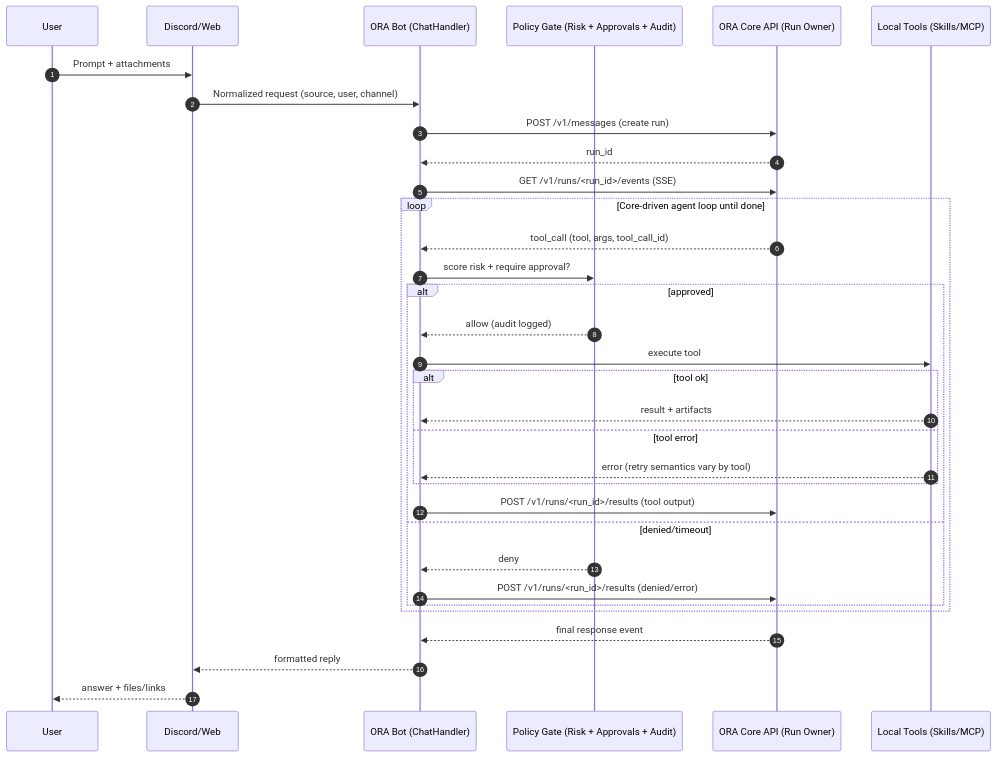
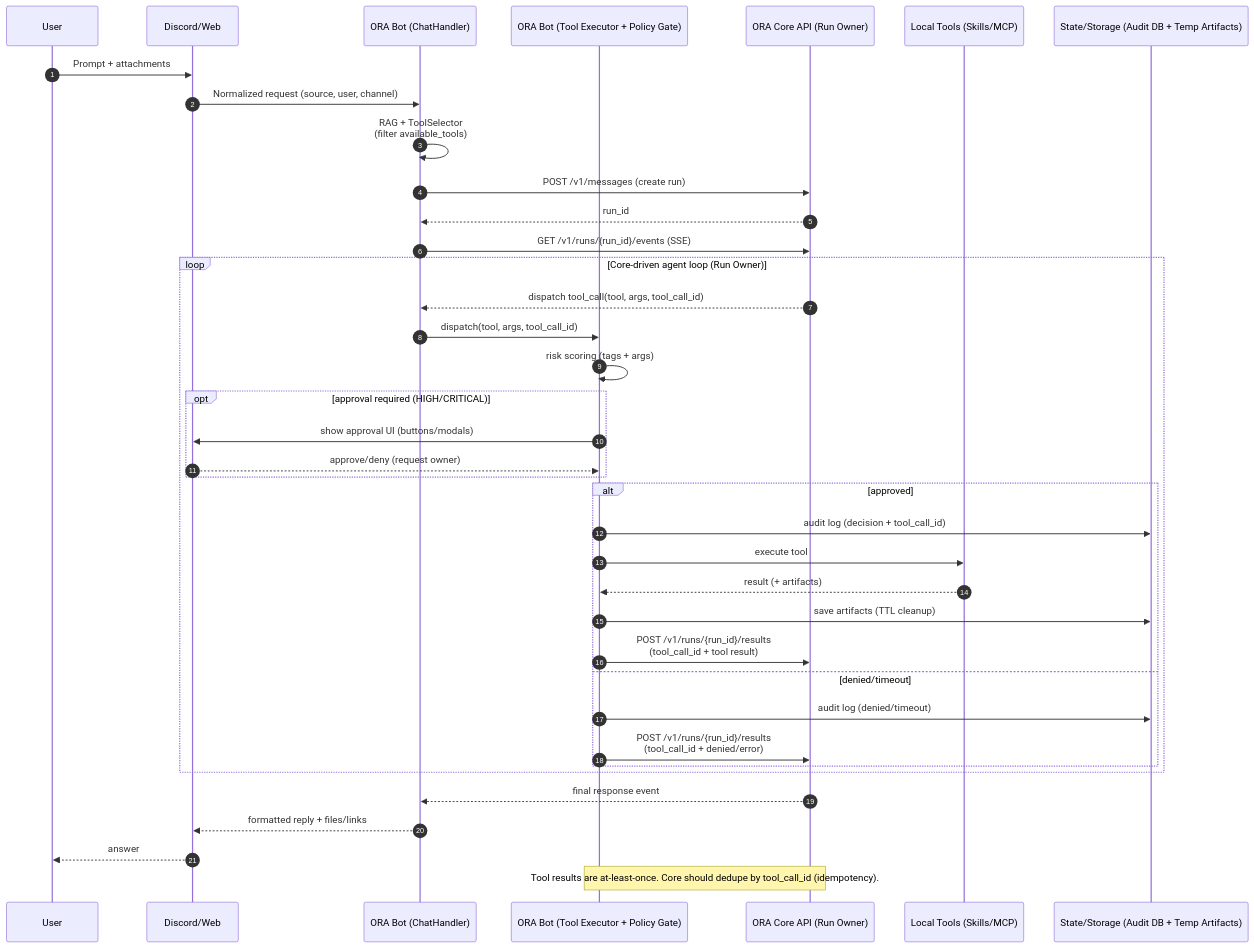
The first of 3 diagrams in README.md (YoneRai12/ORA), drawn with Mermaid before and after one commit. The commit also changed other lines of this file and 1 other file, not shown here.

Commit message:
docs(diagrams): clarify tool executor, approvals, idempotency

````diff
--- a/README.md
+++ b/README.md
@@ -70,36 +70,44 @@
 ```mermaid
 sequenceDiagram
     autonumber
     participant U as User
     participant P as Discord/Web
-    participant C as ORA Bot (ChatHandler)
-    participant S as Policy Gate (Risk + Approvals + Audit)
-    participant O as ORA Core API (Run Owner)
-    participant T as Local Tools (Skills/MCP)
+    participant CH as ORA Bot (ChatHandler)
+    participant EX as ORA Bot (Tool Executor + Policy Gate)
+    participant CORE as ORA Core API (Run Owner)
+    participant LT as Local Tools (Skills/MCP)
+    participant ST as State/Storage (Audit DB + Temp Artifacts)
 
     U->>P: Prompt + attachments
-    P->>C: Normalized request (source, user, channel)
-    C->>O: POST /v1/messages (create run)
-    O-->>C: run_id
-    C->>O: GET /v1/runs/<run_id>/events (SSE)
-    loop Core-driven agent loop until done
-        O-->>C: tool_call (tool, args, tool_call_id)
-        C->>S: score risk + require approval?
+    P->>CH: Normalized request (source, user, channel)
+    CH->>CH: RAG + ToolSelector<br/>(filter available_tools)
+    CH->>CORE: POST /v1/messages (create run)
+    CORE-->>CH: run_id
+    CH->>CORE: GET /v1/runs/{run_id}/events (SSE)
+
+    loop Core-driven agent loop (Run Owner)
+        CORE-->>CH: dispatch tool_call(tool, args, tool_call_id)
+        CH->>EX: dispatch(tool, args, tool_call_id)
+        EX->>EX: risk scoring (tags + args)
+        opt approval required (HIGH/CRITICAL)
+            EX->>P: show approval UI (buttons/modals)
+            P-->>EX: approve/deny (request owner)
+        end
         alt approved
-            S-->>C: allow (audit logged)
-            C->>T: execute tool
-            alt tool ok
-                T-->>C: result + artifacts
-            else tool error
-                T-->>C: error (retry semantics vary by tool)
-            end
-            C->>O: POST /v1/runs/<run_id>/results (tool output)
+            EX->>ST: audit log (decision + tool_call_id)
+            EX->>LT: execute tool
+            LT-->>EX: result (+ artifacts)
+            EX->>ST: save artifacts (TTL cleanup)
+            EX->>CORE: POST /v1/runs/{run_id}/results<br/>(tool_call_id + tool result)
         else denied/timeout
-            S-->>C: deny
-            C->>O: POST /v1/runs/<run_id>/results (denied/error)
+            EX->>ST: audit log (denied/timeout)
+            EX->>CORE: POST /v1/runs/{run_id}/results<br/>(tool_call_id + denied/error)
         end
     end
-    O-->>C: final response event
-    C-->>P: formatted reply
-    P-->>U: answer + files/links
+
+    CORE-->>CH: final response event
+    CH-->>P: formatted reply + files/links
+    P-->>U: answer
+
+    Note over EX,CORE: Tool results are at-least-once. Core should dedupe by tool_call_id (idempotency).
 ```
````
